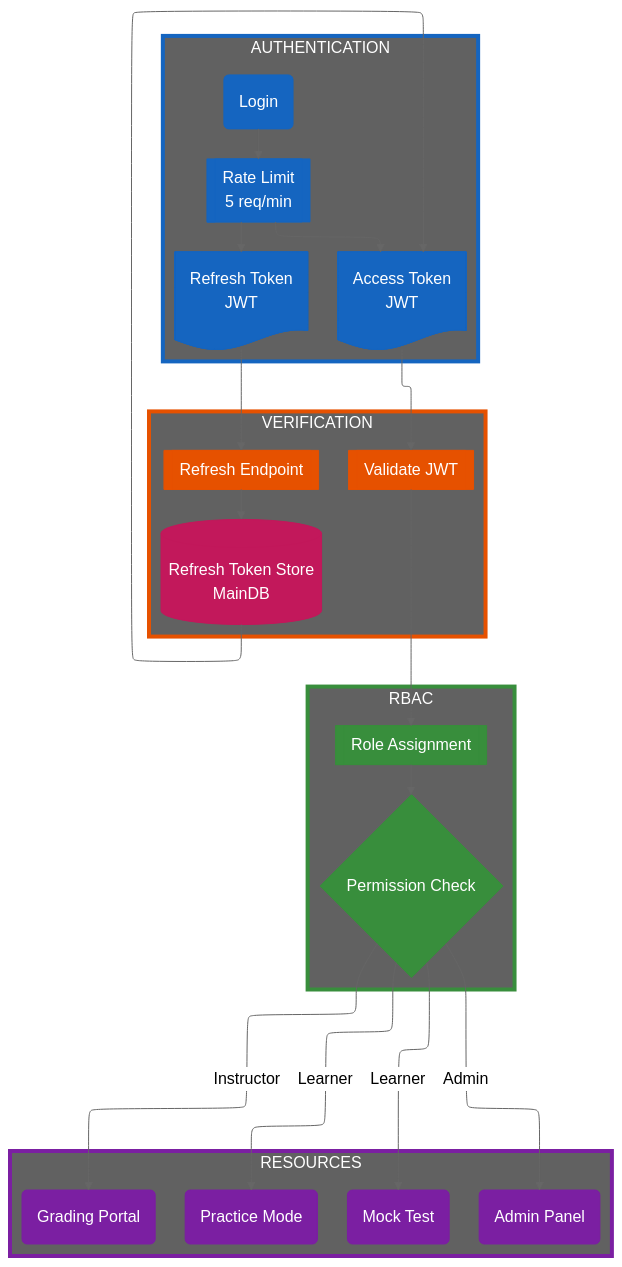
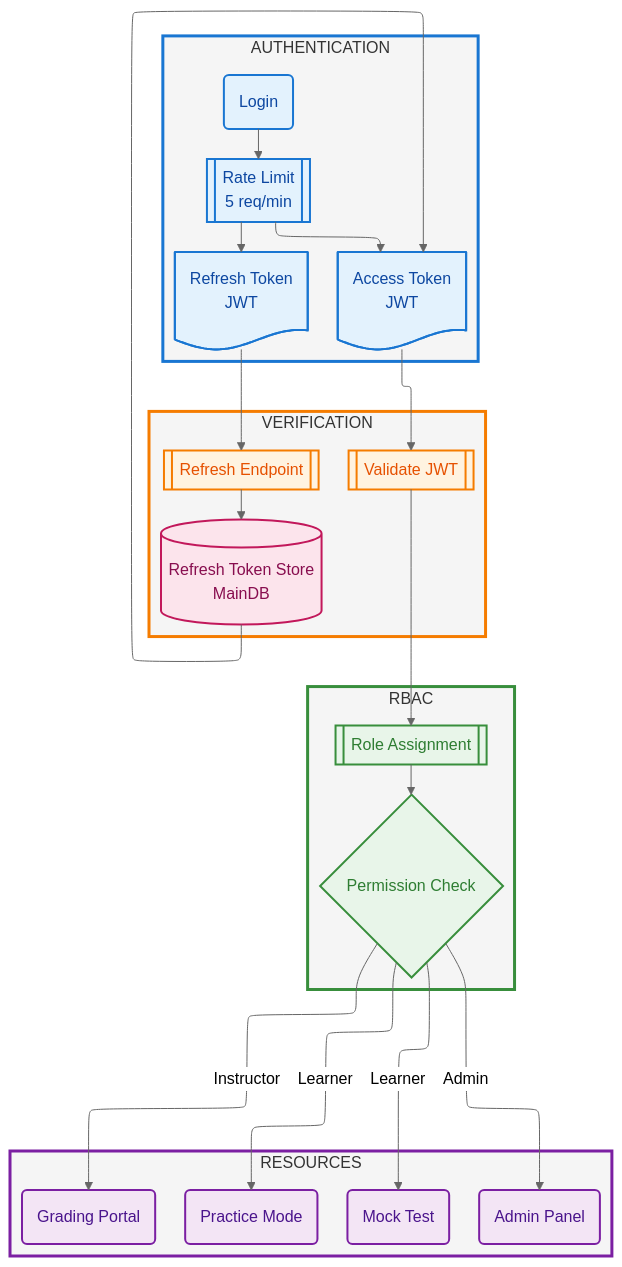
One commit to nghyane/VSTEP changed diagram 11 of 12 in docs/capstone/diagrams/flow-diagrams.vi.md. Above: the diagram before and after it, drawn with Mermaid (neutral theme). The commit also changed other lines of this file, not shown here.

First line of the commit message:
style(docs): fix mermaid diagram colors to pastel scheme

````diff
--- a/docs/capstone/diagrams/flow-diagrams.vi.md
+++ b/docs/capstone/diagrams/flow-diagrams.vi.md
@@ -754,65 +754,65 @@
 ```mermaid
 ---
 config:
   layout: elk
 ---
 flowchart TB
     subgraph Auth["AUTHENTICATION"]
         Login@{ shape: rounded, label: "Login" }
         Rate@{ shape: fr-rect, label: "Rate Limit\n5 req/min" }
         Access@{ shape: doc, label: "Access Token\nJWT" }
         Refresh@{ shape: doc, label: "Refresh Token\nJWT" }
     end
 
     subgraph Verify["VERIFICATION"]
         Validate@{ shape: fr-rect, label: "Validate JWT" }
         RefreshEp@{ shape: fr-rect, label: "Refresh Endpoint" }
         Store@{ shape: cyl, label: "Refresh Token Store\nMainDB" }
     end
 
     subgraph RBAC["RBAC"]
         Roles@{ shape: fr-rect, label: "Role Assignment" }
         Check@{ shape: diam, label: "Permission Check" }
     end
 
     subgraph Resources["RESOURCES"]
         direction LR
         Practice@{ shape: rounded, label: "Practice Mode" }
         Mock@{ shape: rounded, label: "Mock Test" }
         Grading@{ shape: rounded, label: "Grading Portal" }
         Admin@{ shape: rounded, label: "Admin Panel" }
     end
 
     Login --> Rate --> Access & Refresh
     Access --> Validate
     Refresh --> RefreshEp --> Store --> Access
     
     Validate --> Roles --> Check
     Check -->|"Learner"| Practice & Mock
     Check -->|"Instructor"| Grading
     Check -->|"Admin"| Admin
 
-    %% Nodes
-    classDef auth fill:#1565c0,stroke:#1565c0,color:#fff
-    classDef verify fill:#e65100,stroke:#e65100,color:#fff
-    classDef rbac fill:#388e3c,stroke:#388e3c,color:#fff
-    classDef resources fill:#7b1fa2,stroke:#7b1fa2,color:#fff
-    classDef data fill:#c2185b,stroke:#c2185b,color:#fff
+    %% Nodes - soft pastel fill with dark text
+    classDef auth fill:#e3f2fd,stroke:#1976d2,stroke-width:2px,color:#0d47a1
+    classDef verify fill:#fff3e0,stroke:#f57c00,stroke-width:2px,color:#e65100
+    classDef rbac fill:#e8f5e9,stroke:#388e3c,stroke-width:2px,color:#2e7d32
+    classDef resources fill:#f3e5f5,stroke:#7b1fa2,stroke-width:2px,color:#4a148c
+    classDef data fill:#fce4ec,stroke:#c2185b,stroke-width:2px,color:#880e4f
 
-    %% Boxes
-    classDef authBox fill:#616161,stroke:#1565c0,stroke-width:4px,color:#fff
-    classDef verifyBox fill:#616161,stroke:#e65100,stroke-width:4px,color:#fff
-    classDef rbacBox fill:#616161,stroke:#388e3c,stroke-width:4px,color:#fff
-    classDef resourcesBox fill:#616161,stroke:#7b1fa2,stroke-width:4px,color:#fff
+    %% Boxes - light tint
+    classDef authBox fill:#f5f5f5,stroke:#1976d2,stroke-width:3px,color:#333
+    classDef verifyBox fill:#f5f5f5,stroke:#f57c00,stroke-width:3px,color:#333
+    classDef rbacBox fill:#f5f5f5,stroke:#388e3c,stroke-width:3px,color:#333
+    classDef resourcesBox fill:#f5f5f5,stroke:#7b1fa2,stroke-width:3px,color:#333
 
     class Auth authBox
     class Verify verifyBox
     class RBAC rbacBox
     class Resources resourcesBox
 
     class Login,Rate,Access,Refresh auth
     class Validate,RefreshEp verify
     class Roles,Check rbac
     class Practice,Mock,Grading,Admin resources
     class Store data
 ```
````
